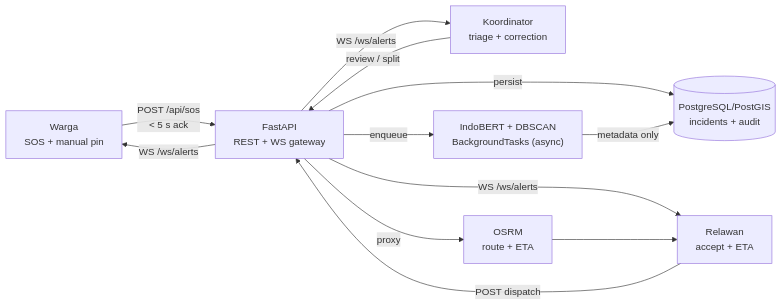
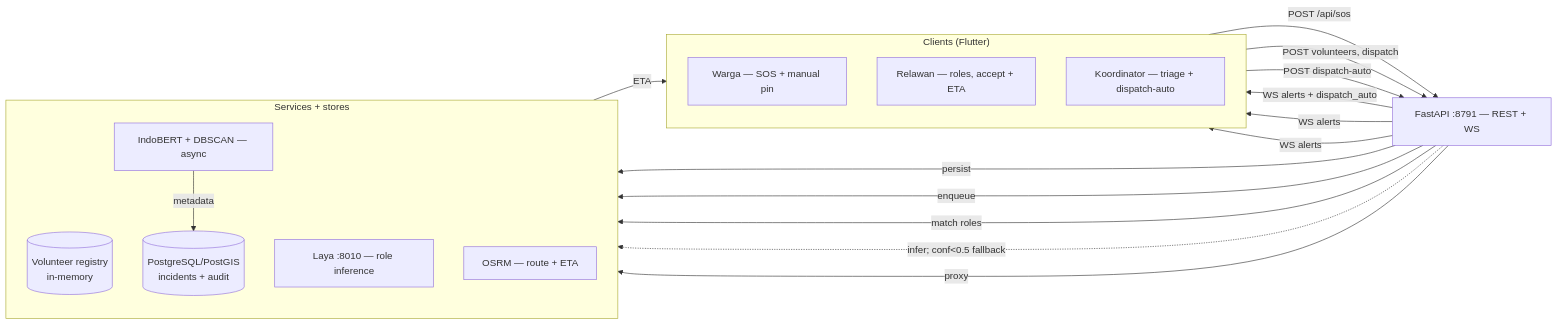
The diagram in docs/architecture.mmd (JoshRiang/commencys), drawn with Mermaid before and after one commit. The commit also changed 2 other files, not shown here.

Commit message:
Docs: fix stale architecture diagrams (Laya :8010, volunteer registry, dispatch-auto)
architecture.mmd + 02-design.md still showed the pre-Laya topology
(5884ce9) — no Laya agent, no volunteer registry, no dispatch-auto
flow. Adds: FastAPI :8791 gateway label, volunteer registry node,
Laya :8010 dotted inference edge (conf<0.5 fallback), dispatch-auto
WS frame, role-aware client labels. Regenerated architecture.png via
mmdc (puppeteer --no-sandbox).

```diff
--- a/docs/architecture.mmd
+++ b/docs/architecture.mmd
@@ -1,20 +1,30 @@
 flowchart LR
-    W["Warga<br/>SOS + manual pin"]
-    V["Relawan<br/>accept + ETA"]
-    K["Koordinator<br/>triage + correction"]
-    API["FastAPI<br/>REST + WS gateway"]
-    AI["IndoBERT + DBSCAN<br/>BackgroundTasks (async)"]
-    DB[("PostgreSQL/PostGIS<br/>incidents + audit")]
-    OSRM["OSRM<br/>route + ETA"]
+    subgraph clients["Clients (Flutter)"]
+        direction TB
+        W["Warga — SOS + manual pin"]
+        V["Relawan — roles, accept + ETA"]
+        K["Koordinator — triage + dispatch-auto"]
+    end
+    API["FastAPI :8791 — REST + WS"]
+    subgraph services["Services + stores"]
+        direction TB
+        REG[("Volunteer registry<br/>in-memory")]
+        LAYA["Laya :8010 — role inference"]
+        AI["IndoBERT + DBSCAN — async"]
+        DB[("PostgreSQL/PostGIS<br/>incidents + audit")]
+        OSRM["OSRM — route + ETA"]
+    end
 
-    W -->|"POST /api/sos<br/>&lt; 5 s ack"| API
-    V -->|"POST dispatch"| API
-    K -->|"review / split"| API
+    W -->|"POST /api/sos"| API
+    V -->|"POST volunteers, dispatch"| API
+    K -->|"POST dispatch-auto"| API
     API -->|"persist"| DB
     API -->|"enqueue"| AI
-    AI -->|"metadata only"| DB
-    API -->|"WS /ws/alerts"| V
-    API -->|"WS /ws/alerts"| K
-    API -->|"WS /ws/alerts"| W
+    AI -->|"metadata"| DB
+    API -->|"match roles"| REG
+    API -.->|"infer; conf&lt;0.5 fallback"| LAYA
+    API -->|"WS alerts + dispatch_auto"| V
+    API -->|"WS alerts"| K
+    API -->|"WS alerts"| W
     API -->|"proxy"| OSRM
-    OSRM --> V
+    OSRM -->|"ETA"| V
```
